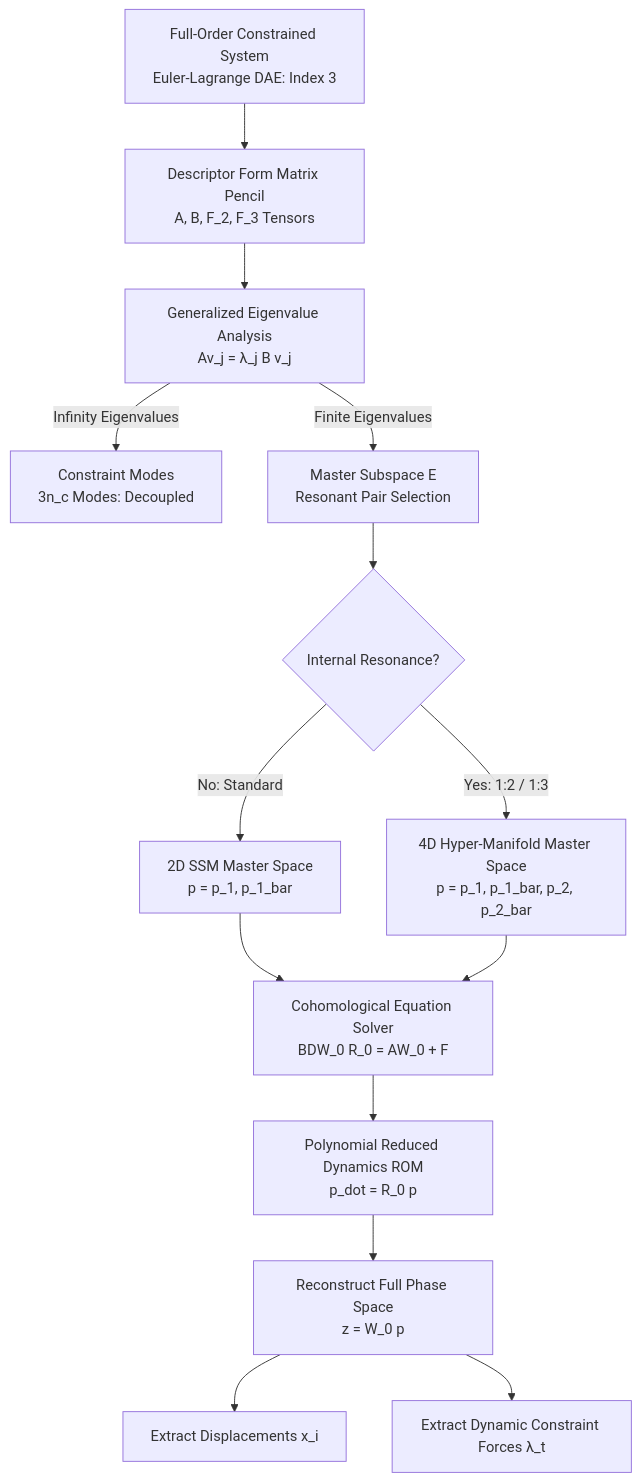
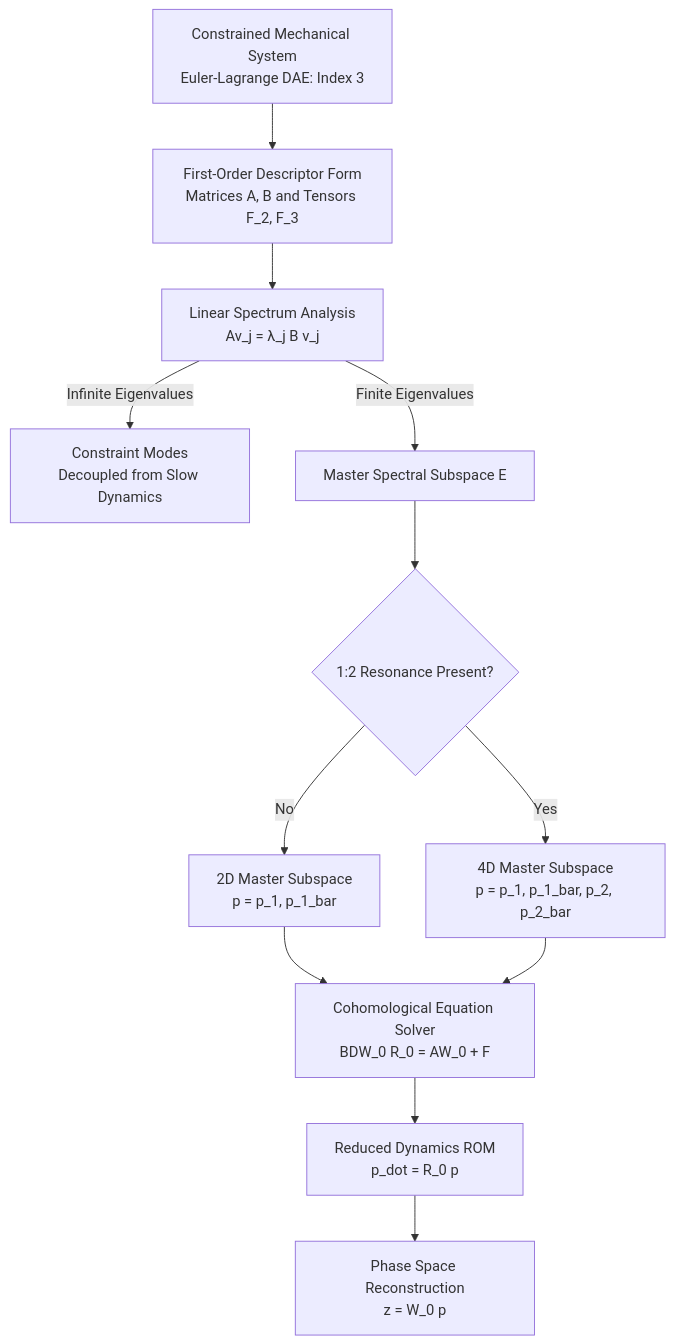
The diagram in README.md (nopour/Model-Reduction-of-Constrained-Mechanical-Systems-via-Spectral-Submanifolds), drawn with Mermaid before and after one commit. The commit also changed other lines of this file, not shown here.

````diff
--- a/README.md
+++ b/README.md
@@ -20,21 +17,18 @@
 ```mermaid
 graph TD
-    A[Full-Order Constrained System<br>Euler-Lagrange DAE: Index 3] --> B[Descriptor Form Matrix Pencil<br>A, B, F_2, F_3 Tensors]
-    B --> C[Generalized Eigenvalue Analysis<br>Av_j = λ_j B v_j]
+    A[Constrained Mechanical System<br>Euler-Lagrange DAE: Index 3] --> B[First-Order Descriptor Form<br>Matrices A, B and Tensors F_2, F_3]
+    B --> C[Linear Spectrum Analysis<br>Av_j = λ_j B v_j]
     
-    C -->|Infinity Eigenvalues| D[Constraint Modes<br>3n_c Modes: Decoupled]
-    C -->|Finite Eigenvalues| E[Master Subspace E<br>Resonant Pair Selection]
+    C -->|Infinite Eigenvalues| D[Constraint Modes<br>Decoupled from Slow Dynamics]
+    C -->|Finite Eigenvalues| E[Master Spectral Subspace E]
     
-    E --> F{Internal Resonance?}
-    F -->|No: Standard| G[2D SSM Master Space<br>p = p_1, p_1_bar]
-    F -->|Yes: 1:2 / 1:3| H[4D Hyper-Manifold Master Space<br>p = p_1, p_1_bar, p_2, p_2_bar]
+    E --> F{1:2 Resonance Present?}
+    F -->|No| G[2D Master Subspace<br>p = p_1, p_1_bar]
+    F -->|Yes| H[4D Master Subspace<br>p = p_1, p_1_bar, p_2, p_2_bar]
     
     G --> I[Cohomological Equation Solver<br>BDW_0 R_0 = AW_0 + F]
     H --> I
     
-    I --> J[Polynomial Reduced Dynamics ROM<br>p_dot = R_0 p]
-    J --> K[Reconstruct Full Phase Space<br>z = W_0 p]
-    
-    K --> L[Extract Displacements x_i]
-    K --> M[Extract Dynamic Constraint Forces λ_t]
+    I --> J[Reduced Dynamics ROM<br>p_dot = R_0 p]
+    J --> K[Phase Space Reconstruction<br>z = W_0 p]
 ```
````
